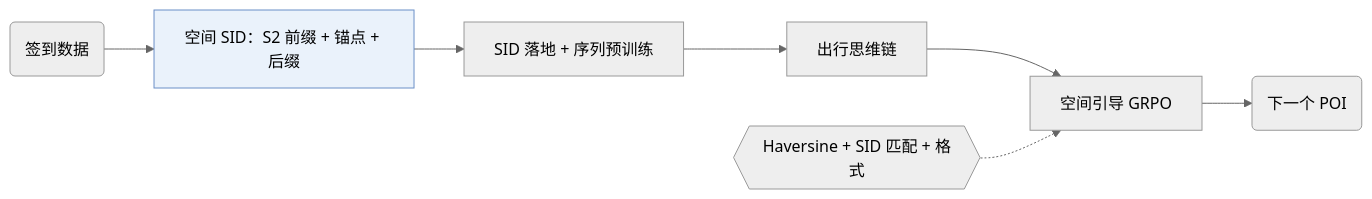
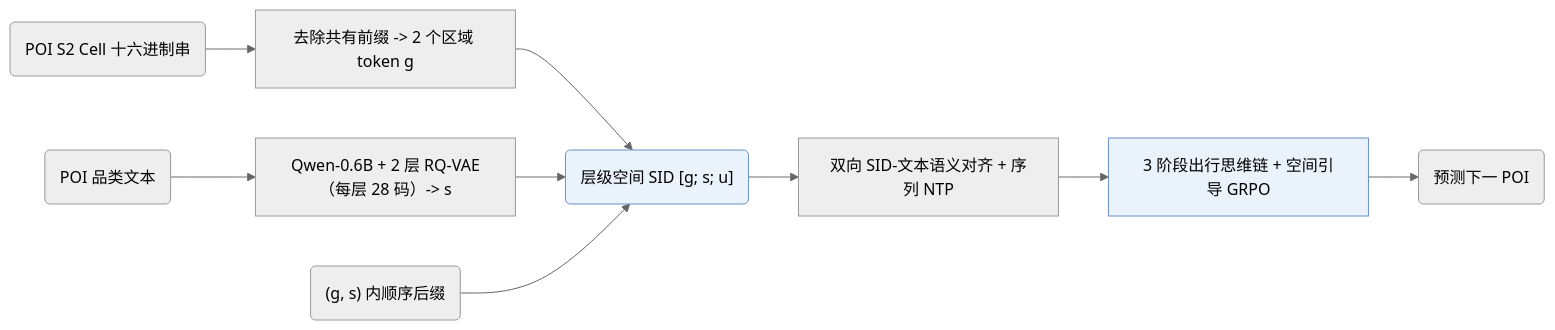
The first of 2 diagrams in notes/zh/ros.md (Galaxy-ghost/Awesome-SID-Generative-Rec), drawn with Mermaid (neutral theme) before and after one commit. The commit also changed other lines of this file and 649 other files, not shown here.

Commit message:
writer-05: also tags and modality index (schema, check, build, visuals); summary field removed; calibration data for 12 papers

````diff
--- a/notes/zh/ros.md
+++ b/notes/zh/ros.md
@@ -14,10 +14,12 @@
 ```mermaid
 flowchart LR
-    A("签到数据") --> B["空间 SID：S2 前缀 + 锚点 + 后缀"]:::key
-    B --> C["SID 落地 + 序列预训练"]
-    C --> D["出行思维链"]
-    D --> E["空间引导 GRPO"]
-    L1{{"Haversine + SID 匹配 + 格式"}} -.-> E
-    E --> F("下一个 POI")
+    G1("POI S2 Cell 十六进制串") --> G2["去除共有前缀 -> 2 个区域 token g"]
+    S1("POI 品类文本") --> S2["Qwen-0.6B + 2 层 RQ-VAE（每层 28 码）-> s"]
+    G2 --> B("层级空间 SID [g; s; u]"):::key
+    S2 --> B
+    U1("(g, s) 内顺序后缀") --> B
+    B --> C["双向 SID-文本语义对齐 + 序列 NTP"]
+    C --> D["3 阶段出行思维链 + 空间引导 GRPO"]:::key
+    D --> F("预测下一 POI")
     classDef key fill:#eaf2fb,stroke:#6b8fc7
 ```
````
